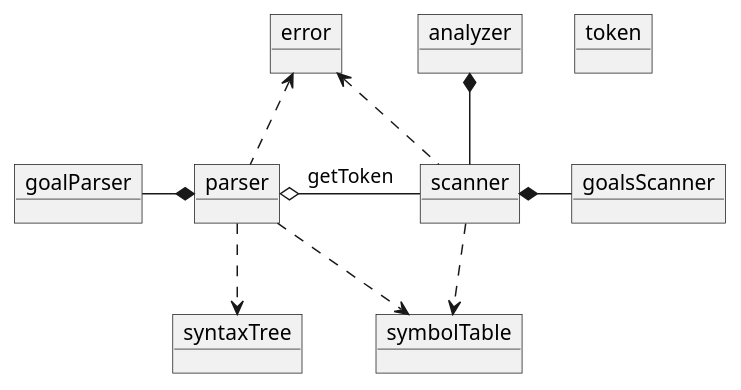
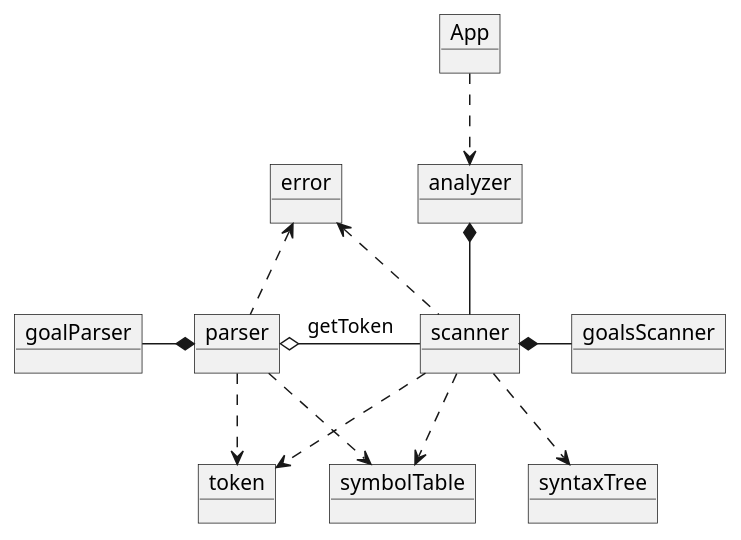
One commit to moroquin/parser-scanner-analyzer changed the diagram in docs/ResumeDomainModel.wsd. Above: the diagram before and after it, drawn with PlantUML. The commit also changed 3 other files, not shown here.

Commit message:
creating the domain model and class model diagram

```diff
--- a/docs/ResumeDomainModel.wsd
+++ b/docs/ResumeDomainModel.wsd
@@ -1,45 +1,52 @@
 @startuml
+
+    object App
 
     object scanner
 
     object parser
 
     object analyzer
 
     object token
 
     object symbolTable
 
     object error
 
     object syntaxTree
 
     object goalsScanner
 
     object goalParser
 
+    App ..> analyzer
+
+    parser ..> token
+    scanner ..> token
+
 
     analyzer *-- scanner
     
 
     scanner .up.> error
     parser .up.> error
 
     parser o-right- scanner: getToken
 
-    parser ..> syntaxTree
+    scanner ..> syntaxTree
 
     scanner ..> symbolTable
     parser ..>  symbolTable
 
-
+    
 
     scanner *-right- goalsScanner
 
     parser *-left- goalParser
 
 
    
 
 
 @enduml
```
